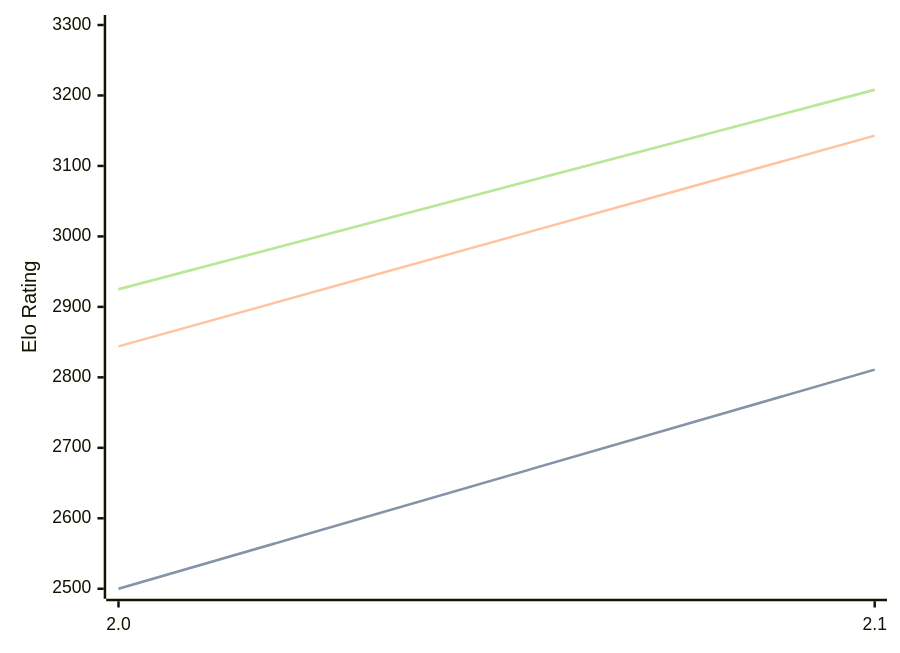
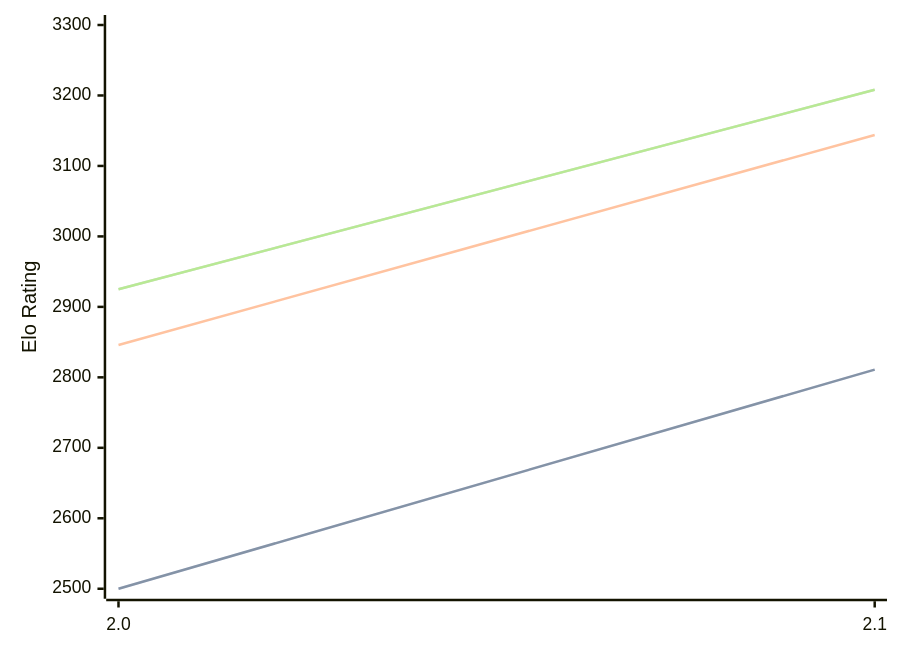
The diagram in engines/Tunguska.md (computer-chess-index/cci), drawn with Mermaid before and after one commit. The commit also changed other lines of this file, not shown here.

````diff
--- a/engines/Tunguska.md
+++ b/engines/Tunguska.md
@@ -32,11 +32,11 @@
 ```mermaid
 %%{init: {"theme":"base","themeVariables":{"seriesColors:['#a3a3a3','#222221','#faa371']}}}%%
 xychart-beta
   x-axis ["2.0", "2.1"]
   y-axis "Elo Rating" 2500 --> 3300
   line "STC (8.0+0.08s)" [2500, 2811]
   line "STC (8.0+0.08s)" [2500, 2811]
-  line "LTC (60.0+0.60s)" [2844, 3143]
+  line "LTC (60.0+0.60s)" [2846, 3144]
   line "VLTC (2m24s+1.12s)" [2925, 3208]
   line "VLTC (2m24s+1.12s)" [2925, 3208]
 ```
````
